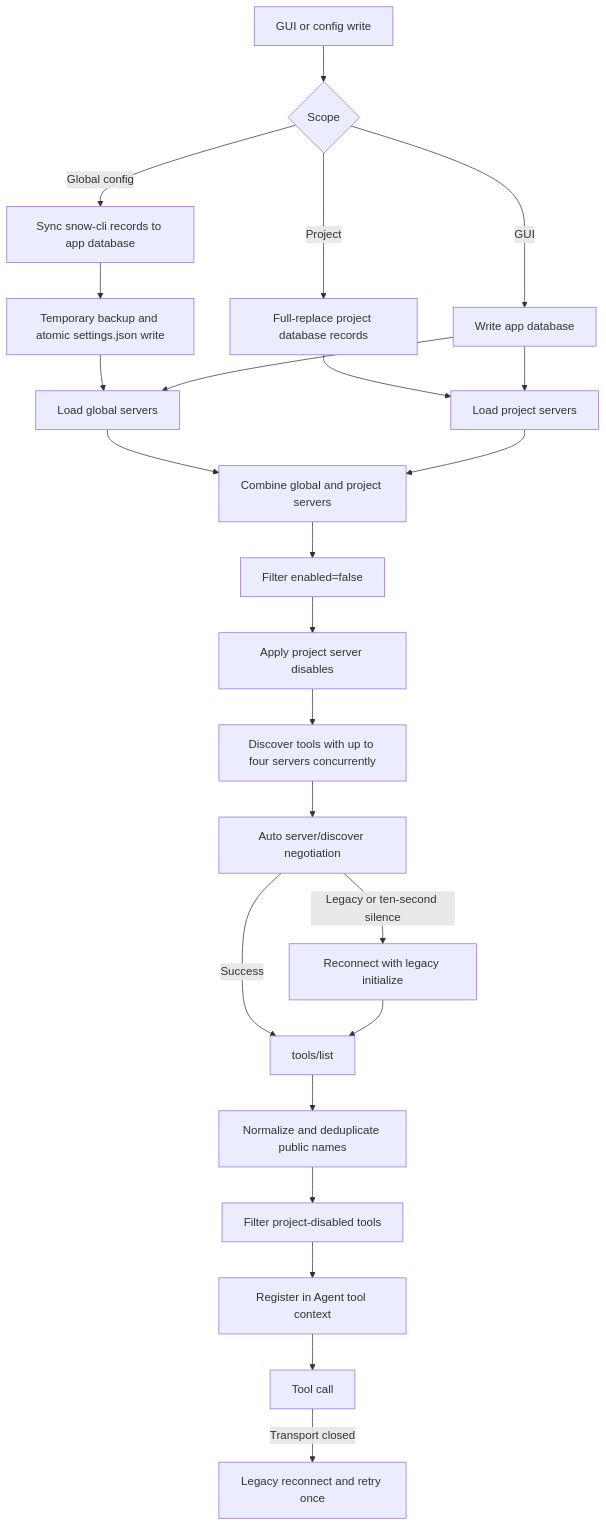
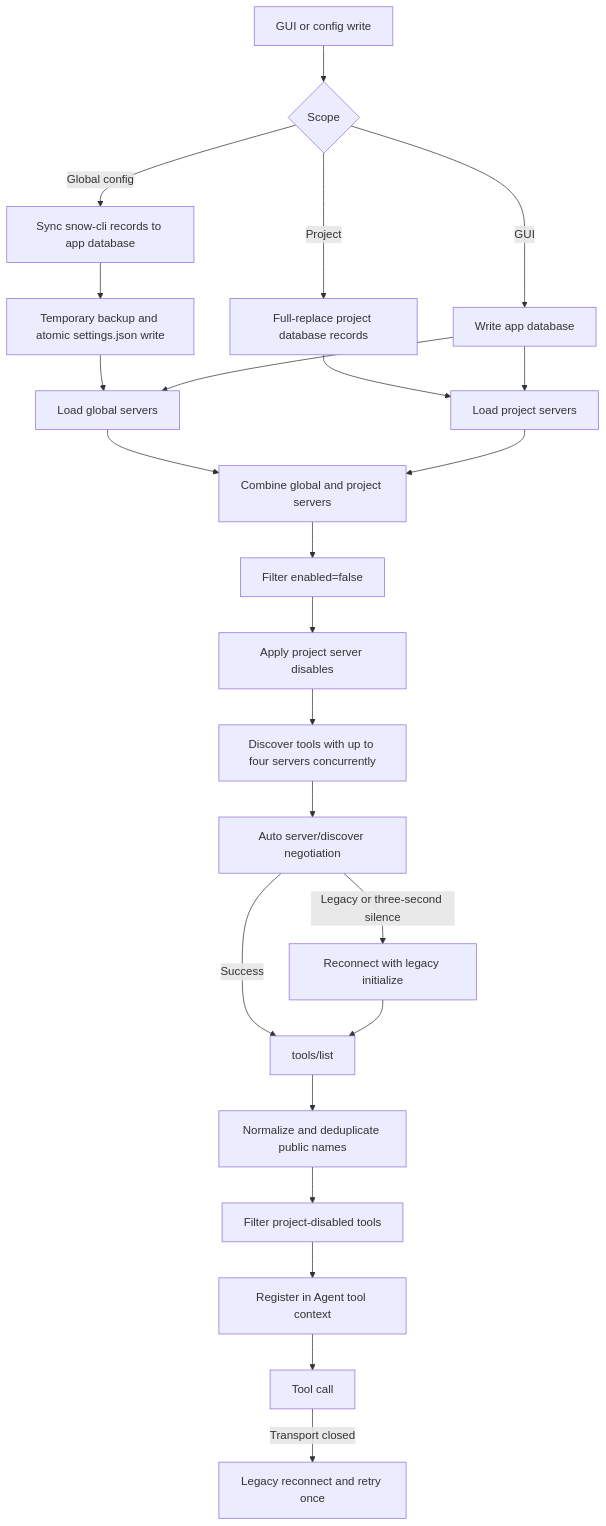
The diagram in docs/en/2-guides/1-configure-mcp.md (BaSui01/snow-app), drawn with Mermaid before and after one commit. The commit also changed other lines of this file and 5 other files, not shown here.

````diff
--- a/docs/en/2-guides/1-configure-mcp.md
+++ b/docs/en/2-guides/1-configure-mcp.md
@@ -129,26 +129,26 @@
 ```mermaid
 flowchart TD
     A[GUI or config write] --> B{Scope}
     B -->|Global config| C[Sync snow-cli records to app database]
     C --> D[Temporary backup and atomic settings.json write]
     B -->|Project| E[Full-replace project database records]
     B -->|GUI| F[Write app database]
     D --> G[Load global servers]
     E --> H[Load project servers]
     F --> G
     F --> H
     G --> I[Combine global and project servers]
     H --> I
     I --> J[Filter enabled=false]
     J --> K[Apply project server disables]
     K --> L[Discover tools with up to four servers concurrently]
     L --> M[Auto server/discover negotiation]
     M -->|Success| N[tools/list]
-    M -->|Legacy or ten-second silence| O[Reconnect with legacy initialize]
+    M -->|Legacy or three-second silence| O[Reconnect with legacy initialize]
     O --> N
     N --> P[Normalize and deduplicate public names]
     P --> Q[Filter project-disabled tools]
     Q --> R[Register in Agent tool context]
     R --> S[Tool call]
     S -->|Transport closed| T[Legacy reconnect and retry once]
 ```
````
